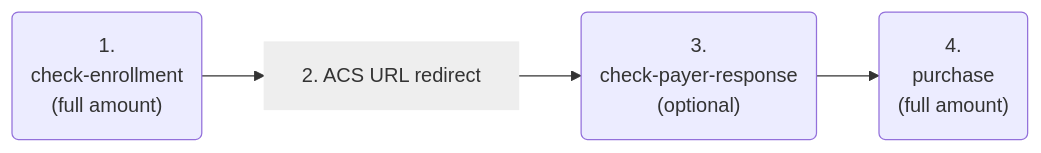
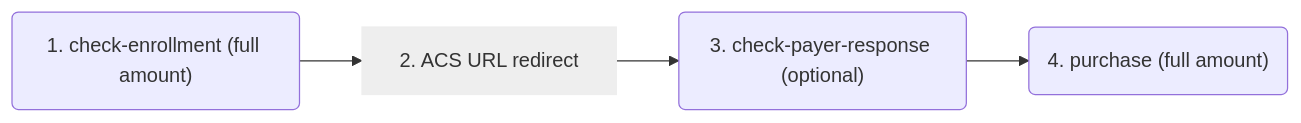
The fourth of 17 diagrams in 11-01-09-three-d-secure-two-payment-flows.adoc (wirecard/merchant-documentation-gateway), drawn with Mermaid before and after one commit. The commit also changed other lines of this file and 1 other file, not shown here.

Commit message:
Update diagrams

```diff
--- a/11-01-09-three-d-secure-two-payment-flows.adoc
+++ b/11-01-09-three-d-secure-two-payment-flows.adoc
@@ -523,9 +523,9 @@
 [mermaid,API_CC_3DS2_PaymentFlows_FirstPaymentCICheckout_SubsequentOptionOne,svg,width=60]
 ----
 graph LR
-A("<center>1.<br>check-enrollment<br>(full amount)</center>")-->B
-B["<center>2. ACS URL redirect</center>"]-->C
-C("<center>3.<br>check-payer-response<br>(optional)</center>")-->D
-D("<center>4.<br>purchase<br>(full amount)</center>")
+A("1. check-enrollment (full amount)")-->B
+B["2. ACS URL redirect"]-->C
+C("3. check-payer-response (optional)")-->D
+D("4. purchase (full amount)")
 style B fill:#eee, stroke:#eee
 ----
```
